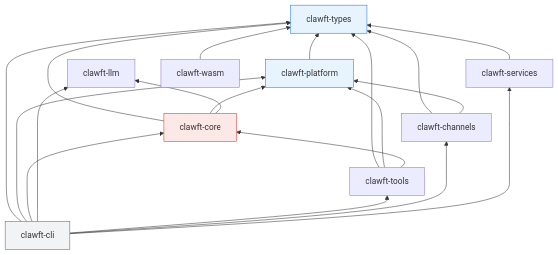
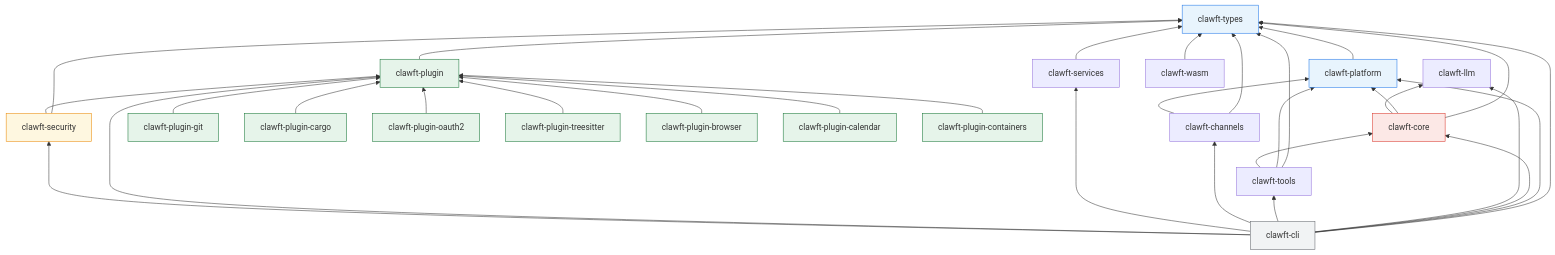
One commit to weave-logic-ai/clawft changed the first of 5 diagrams in docs/architecture/overview.md. Above: the diagram before and after it, drawn with Mermaid. The commit also changed other lines of this file and 27 other files, not shown here.

````diff
--- a/docs/architecture/overview.md
+++ b/docs/architecture/overview.md
@@ -11,36 +11,66 @@
 ```mermaid
 graph BT
     types["clawft-types"]
     platform["clawft-platform"]
     llm["clawft-llm"]
     core["clawft-core"]
     tools["clawft-tools"]
     channels["clawft-channels"]
     services["clawft-services"]
     cli["clawft-cli"]
     wasm["clawft-wasm"]
+    plugin["clawft-plugin"]
+    pgit["clawft-plugin-git"]
+    pcargo["clawft-plugin-cargo"]
+    poauth["clawft-plugin-oauth2"]
+    ptree["clawft-plugin-treesitter"]
+    pbrowser["clawft-plugin-browser"]
+    pcal["clawft-plugin-calendar"]
+    pcontain["clawft-plugin-containers"]
+    security["clawft-security"]
 
     platform --> types
     core --> types
     core --> platform
     core --> llm
     tools --> types
     tools --> platform
     tools --> core
     channels --> types
     channels --> platform
     services --> types
+    plugin --> types
+    pgit --> plugin
+    pcargo --> plugin
+    poauth --> plugin
+    ptree --> plugin
+    pbrowser --> plugin
+    pcal --> plugin
+    pcontain --> plugin
+    security --> types
+    security --> plugin
     cli --> types
     cli --> platform
     cli --> core
     cli --> llm
     cli --> tools
     cli --> channels
     cli --> services
+    cli --> plugin
+    cli --> security
     wasm --> types
 
     style types fill:#e8f4fd,stroke:#1a73e8
     style platform fill:#e8f4fd,stroke:#1a73e8
     style core fill:#fce8e6,stroke:#d93025
     style cli fill:#f1f3f4,stroke:#5f6368
+    style plugin fill:#e6f4ea,stroke:#137333
+    style pgit fill:#e6f4ea,stroke:#137333
+    style pcargo fill:#e6f4ea,stroke:#137333
+    style poauth fill:#e6f4ea,stroke:#137333
+    style ptree fill:#e6f4ea,stroke:#137333
+    style pbrowser fill:#e6f4ea,stroke:#137333
+    style pcal fill:#e6f4ea,stroke:#137333
+    style pcontain fill:#e6f4ea,stroke:#137333
+    style security fill:#fef7e0,stroke:#ea8600
 ```
````
